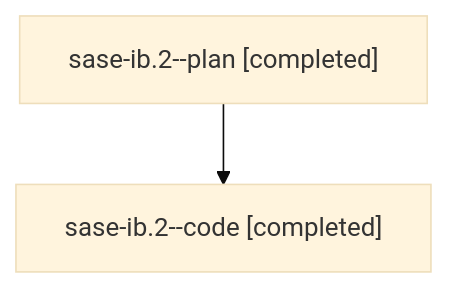
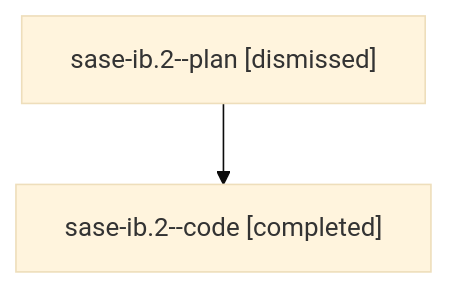
One commit to sase-org/sase--agents changed the diagram in families/bbugyi200.athena.sase-ib.2.md. Above: the diagram before and after it, drawn with Mermaid (base theme). The commit also changed other lines of this file and 2170 other files, not shown here.

````diff
--- a/families/bbugyi200.athena.sase-ib.2.md
+++ b/families/bbugyi200.athena.sase-ib.2.md
@@ -9,6 +9,6 @@
 ```mermaid
 flowchart TD
-  n0["sase-ib.2--plan [completed]"]
+  n0["sase-ib.2--plan [dismissed]"]
   n1["sase-ib.2--code [completed]"]
   n0 --> n1
 ```
````
